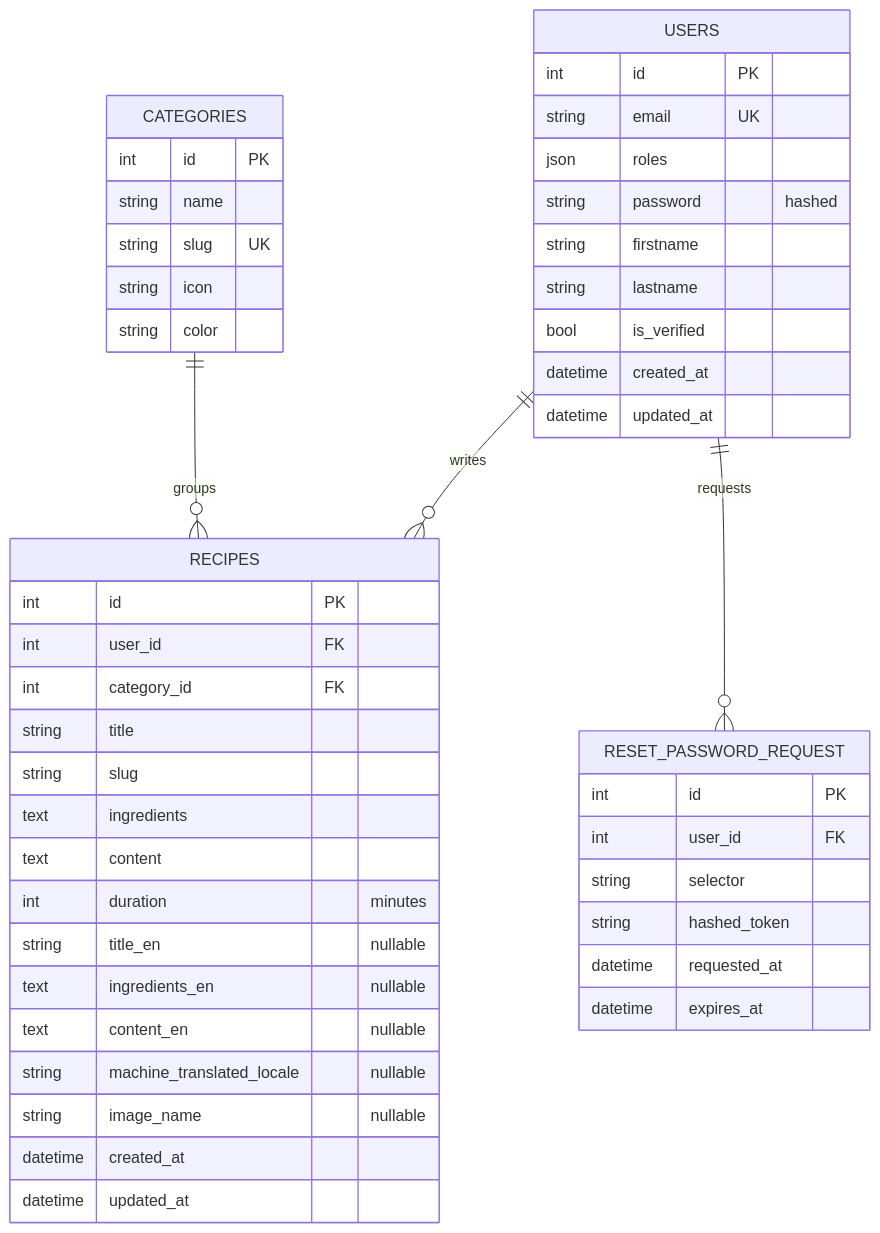
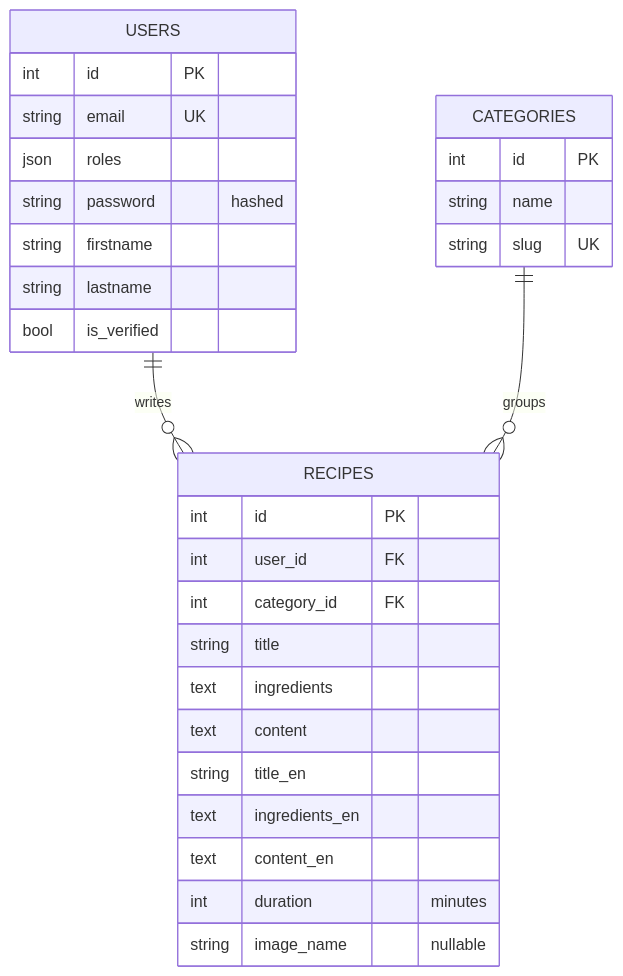
Before and after one commit to puremax-lab/RecetteVie: the diagram in README.md, drawn with Mermaid. The commit also changed other lines of this file, not shown here.

````diff
--- a/README.md
+++ b/README.md
@@ -73,50 +53,33 @@
 ```mermaid
 erDiagram
     USERS ||--o{ RECIPES : writes
     CATEGORIES ||--o{ RECIPES : groups
-    USERS ||--o{ RESET_PASSWORD_REQUEST : requests
 
     USERS {
         int id PK
         string email UK
         json roles
         string password "hashed"
         string firstname
         string lastname
         bool is_verified
-        datetime created_at
-        datetime updated_at
     }
     CATEGORIES {
         int id PK
         string name
         string slug UK
-        string icon
-        string color
     }
     RECIPES {
         int id PK
         int user_id FK
         int category_id FK
         string title
-        string slug
         text ingredients
         text content
+        string title_en
+        text ingredients_en
+        text content_en
         int duration "minutes"
-        string title_en "nullable"
-        text ingredients_en "nullable"
-        text content_en "nullable"
-        string machine_translated_locale "nullable"
         string image_name "nullable"
-        datetime created_at
-        datetime updated_at
-    }
-    RESET_PASSWORD_REQUEST {
-        int id PK
-        int user_id FK
-        string selector
-        string hashed_token
-        datetime requested_at
-        datetime expires_at
     }
 ```
````
